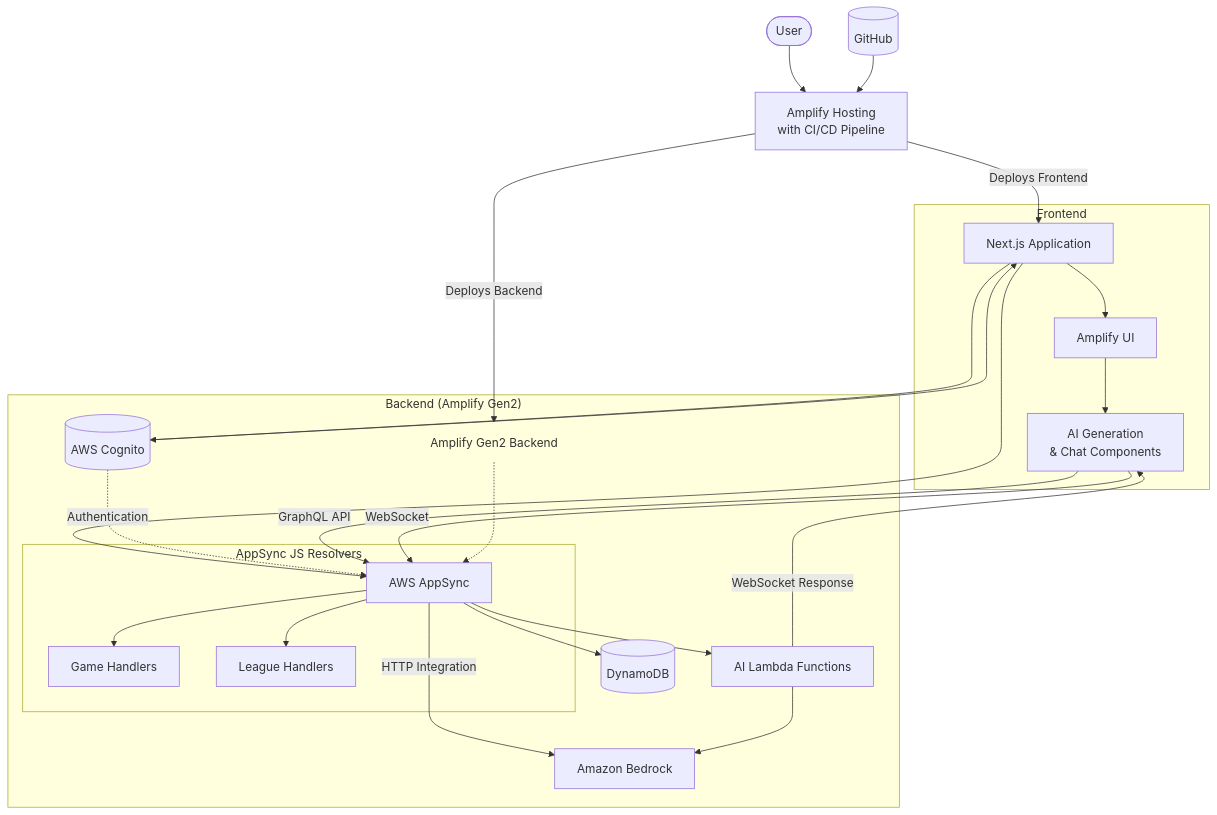
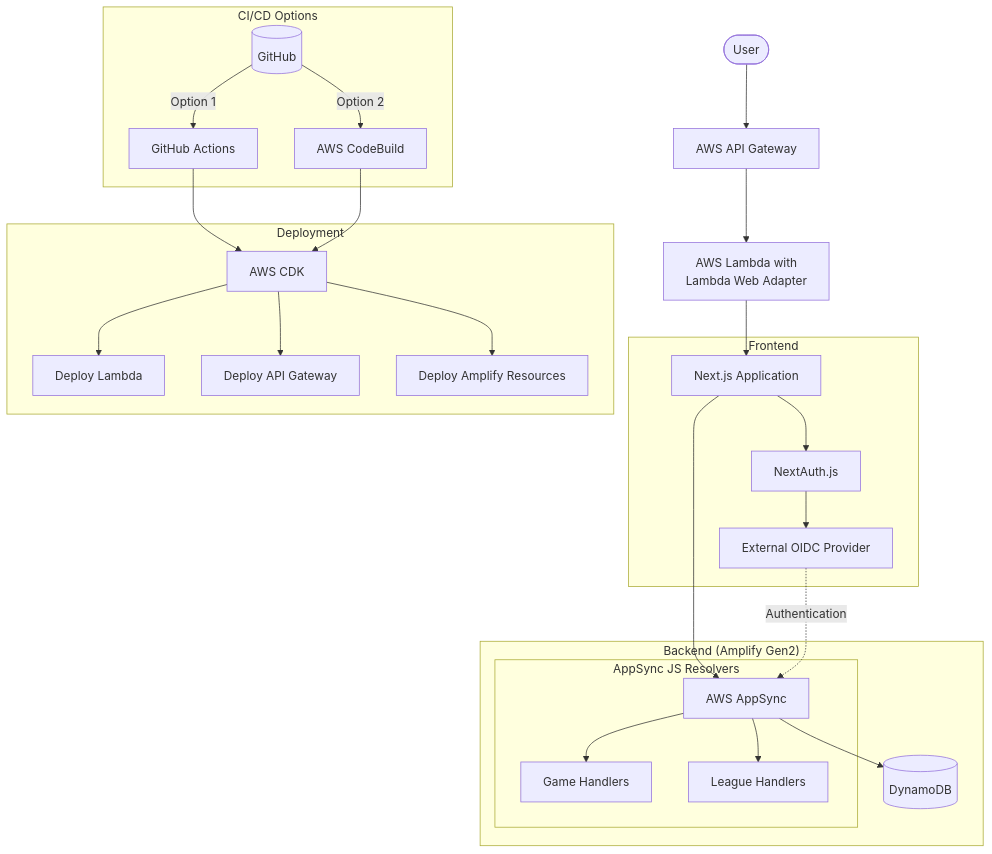
Before and after one commit to zxkane/game-match-playground: the diagram in README.md, drawn with Mermaid. The commit also changed other lines of this file and 40 other files, not shown here.

Commit message:
feat: Migrate authentication from AWS Amplify to NextAuth with OIDC support

````diff
--- a/README.md
+++ b/README.md
@@ -37,42 +25,38 @@
 ```mermaid
 flowchart TD
-    User([User]) --> AmplifyHosting[Amplify Hosting<br>with CI/CD Pipeline]
-    GitHub[(GitHub)] --> AmplifyHosting
-    
-    AmplifyHosting -->|Deploys Frontend| FrontendApp
-    AmplifyHosting -->|Deploys Backend| BackendSystem
+    User([User]) --> APIGateway[AWS API Gateway]
+    APIGateway --> Lambda[AWS Lambda with\nLambda Web Adapter]
+    Lambda --> NextJS[Next.js Application]
     
     subgraph "Frontend"
-        FrontendApp[Next.js Application]
-        FrontendApp --> AmplifyUI[Amplify UI]
-        AmplifyUI --> AIComponents["AI Generation<br>& Chat Components"]
+        NextJS
+        NextJS --> NextAuth[NextAuth.js]
+        NextAuth --> ExternalOIDC[External OIDC Provider]
     end
     
     subgraph "Backend (Amplify Gen2)"
-        BackendSystem[Amplify Gen2 Backend]
-        style BackendSystem fill:none,stroke:none
-        
-        FrontendApp --> AppSync[AWS AppSync]
+        NextJS --> AppSync[AWS AppSync]
         AppSync --> DynamoDB[(DynamoDB)]
         
-        FrontendApp --> Cognito[(AWS Cognito)]
-        Cognito --> FrontendApp
-        Cognito -.->|Authentication| AppSync
-        
-        AIComponents -->|GraphQL API| AppSync
-        AIComponents -->|WebSocket| AppSync
+        ExternalOIDC -.-> |Authentication| AppSync
         
         subgraph "AppSync JS Resolvers"
             AppSync --> GameHandlers[Game Handlers]
             AppSync --> LeagueHandlers[League Handlers]
         end
+    end
+    
+    subgraph "Deployment"
+        CDK[AWS CDK] --> DeployLambda[Deploy Lambda]
+        CDK --> DeployAPI[Deploy API Gateway]
+        CDK --> DeployAmplify[Deploy Amplify Resources]
+    end
+    
+    subgraph "CI/CD Options"
+        GitHub[(GitHub)] --> |Option 1| GitHubActions[GitHub Actions]
+        GitHub --> |Option 2| CodeBuild[AWS CodeBuild]
         
-        AppSync -->|HTTP Integration| Bedrock[Amazon Bedrock]
-        AppSync --> AILambda[AI Lambda Functions]
-        AILambda --> Bedrock
-        AILambda -->|WebSocket Response| AIComponents
-        
-        %% Invisible connection to ensure backend system node is part of layout
-        BackendSystem -.-> AppSync
+        GitHubActions --> CDK
+        CodeBuild --> CDK
     end
 ```
````
